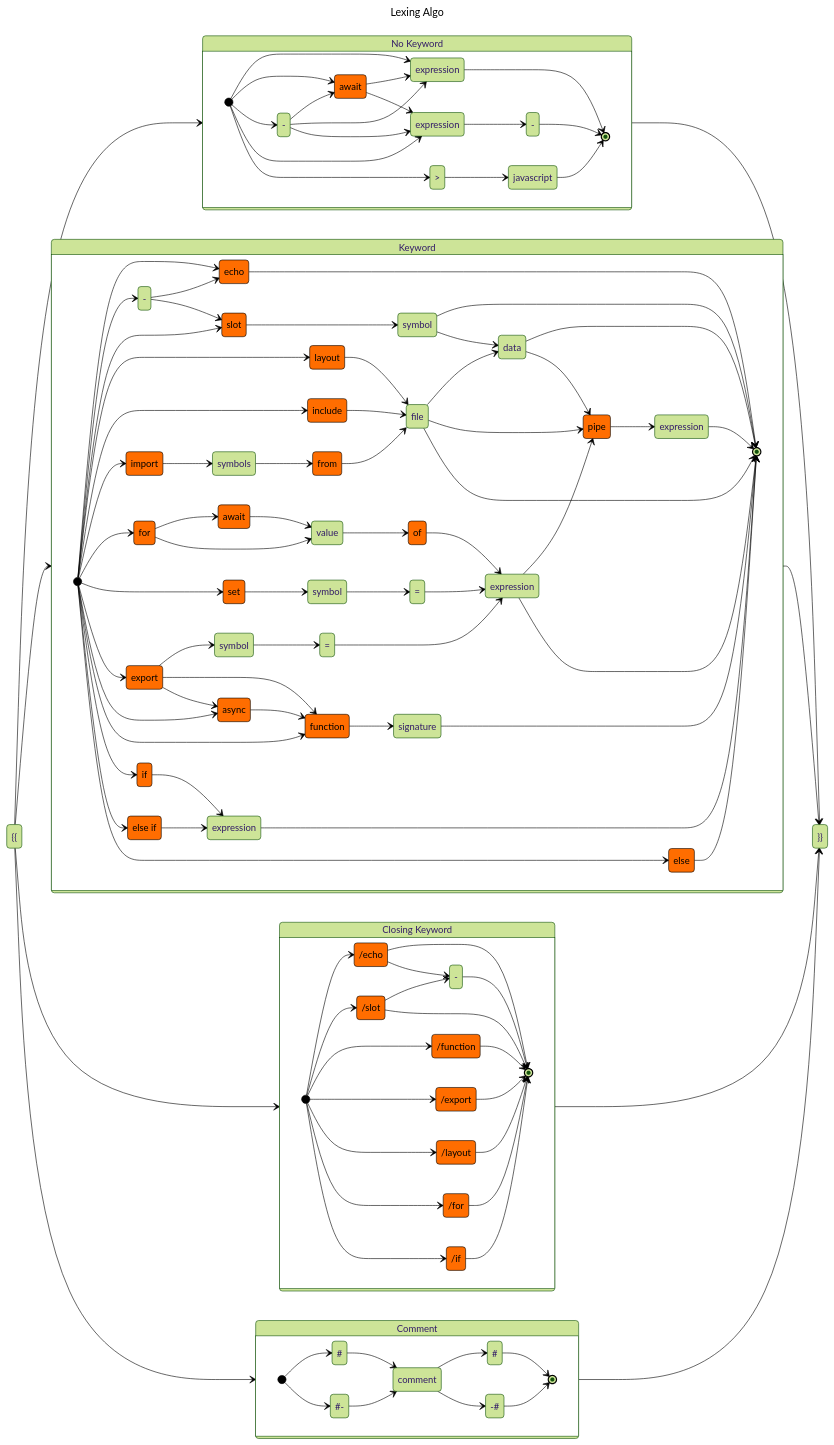
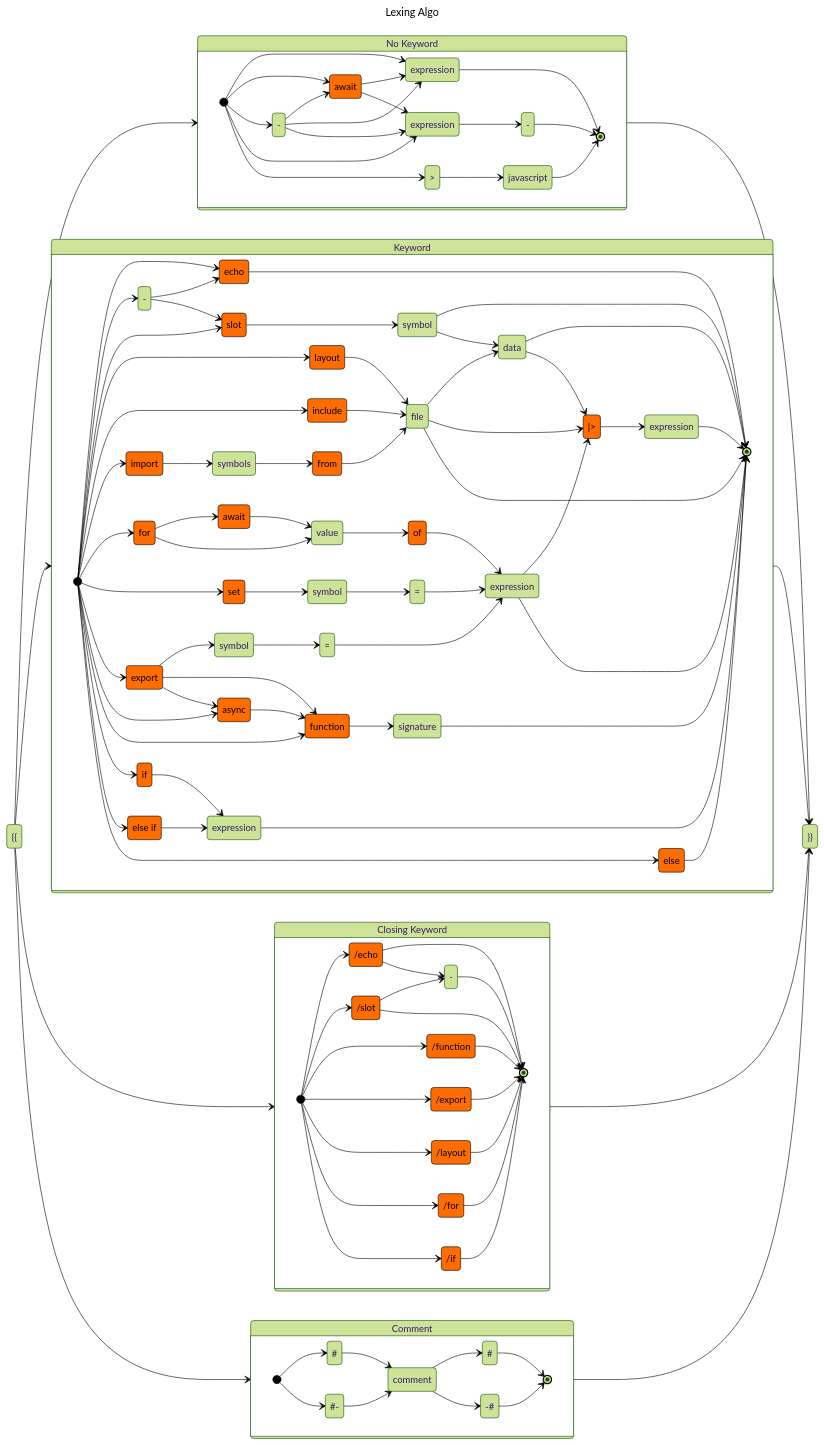
Before and after one commit to ventojs/webstorm-vento: the first of 12 diagrams in statemachine-v2.md, drawn with Mermaid.

Commit message:
chore(docs): rename `pipe` state to `|>` in `statemachine-v2.md`

```diff
--- a/statemachine-v2.md
+++ b/statemachine-v2.md
@@ -37,7 +37,7 @@
 
 
         state "data" as data
-        state "pipe" as pipe
+        state "|>" as pipe
         state "expression" as pipeExp
         state "-" as otrim
         state "expression" as kexp0
```
